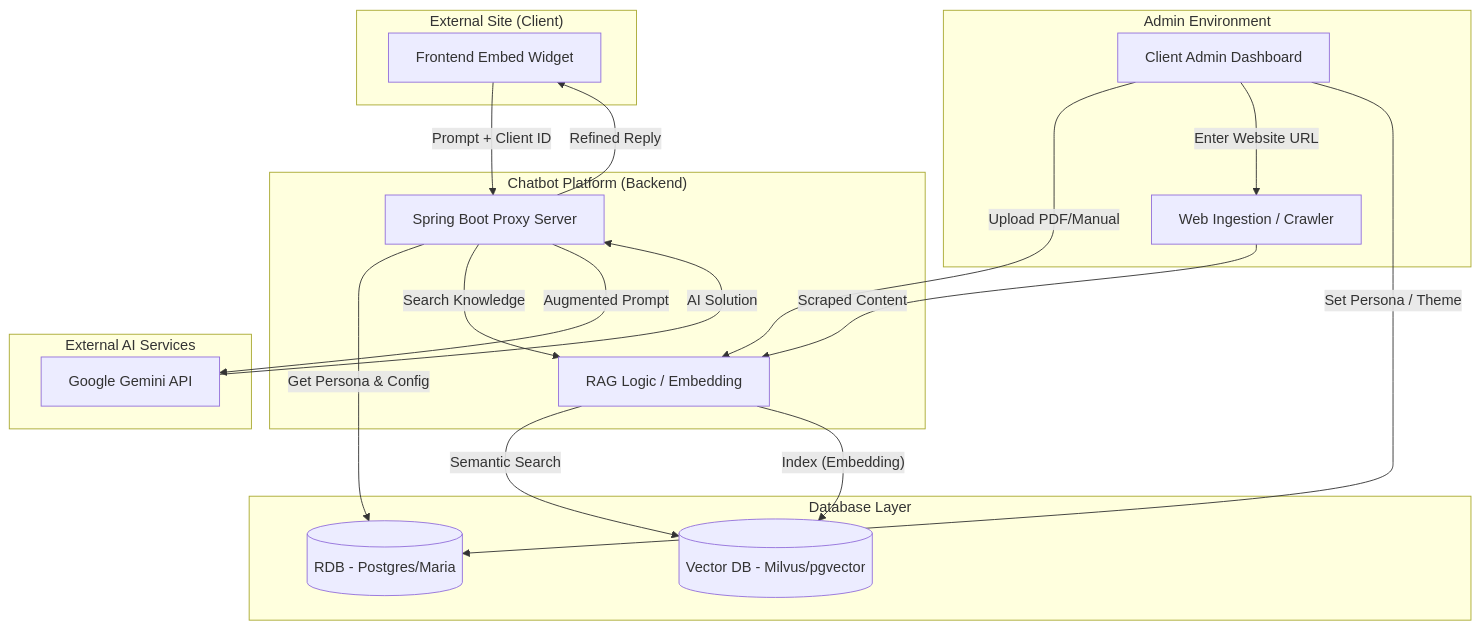
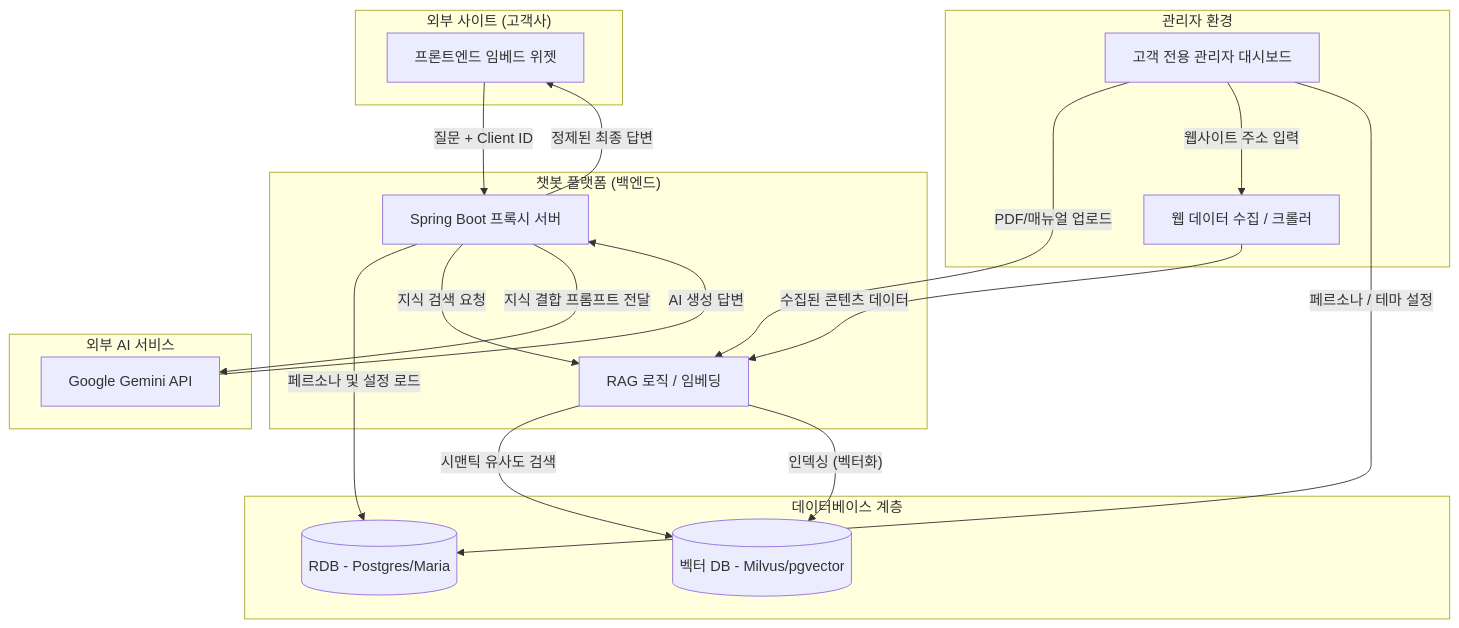
Before and after one commit to ledmega/mega: the first of 2 diagrams in docs/chatbot_builder/CHATBOT_BUILDER_DIAGRAM.md, drawn with Mermaid. The commit also changed other lines of this file and 1 other file, not shown here.

Commit message:
docs: 아키텍처 다이어그램 영문 표기 한글로 번역

````diff
--- a/docs/chatbot_builder/CHATBOT_BUILDER_DIAGRAM.md
+++ b/docs/chatbot_builder/CHATBOT_BUILDER_DIAGRAM.md
@@ -5,43 +5,43 @@
 ```mermaid
 graph TD
-    subgraph "External Site (Client)"
-        Widget[Frontend Embed Widget]
+    subgraph "외부 사이트 (고객사)"
+        Widget[프론트엔드 임베드 위젯]
     end
 
-    subgraph "Admin Environment"
-        Admin[Client Admin Dashboard]
-        Crawler[Web Ingestion / Crawler]
+    subgraph "관리자 환경"
+        Admin[고객 전용 관리자 대시보드]
+        Crawler[웹 데이터 수집 / 크롤러]
     end
 
-    subgraph "Chatbot Platform (Backend)"
-        Proxy[Spring Boot Proxy Server]
-        RAG[RAG Logic / Embedding]
+    subgraph "챗봇 플랫폼 (백엔드)"
+        Proxy[Spring Boot 프록시 서버]
+        RAG[RAG 로직 / 임베딩]
     end
 
-    subgraph "Database Layer"
+    subgraph "데이터베이스 계층"
         RDB[(RDB - Postgres/Maria)]
-        VDB[(Vector DB - Milvus/pgvector)]
+        VDB[(벡터 DB - Milvus/pgvector)]
     end
 
-    subgraph "External AI Services"
+    subgraph "외부 AI 서비스"
         Gemini[Google Gemini API]
     end
 
-    %% User Interaction Flow
-    Widget -- "Prompt + Client ID" --> Proxy
-    Proxy -- "Get Persona & Config" --> RDB
-    Proxy -- "Search Knowledge" --> RAG
-    RAG -- "Semantic Search" --> VDB
-    Proxy -- "Augmented Prompt" --> Gemini
-    Gemini -- "AI Solution" --> Proxy
-    Proxy -- "Refined Reply" --> Widget
+    %% 사용자 상호작용 흐름
+    Widget -- "질문 + Client ID" --> Proxy
+    Proxy -- "페르소나 및 설정 로드" --> RDB
+    Proxy -- "지식 검색 요청" --> RAG
+    RAG -- "시맨틱 유사도 검색" --> VDB
+    Proxy -- "지식 결합 프롬프트 전달" --> Gemini
+    Gemini -- "AI 생성 답변" --> Proxy
+    Proxy -- "정제된 최종 답변" --> Widget
 
-    %% Knowledge Base Flow (Admin)
-    Admin -- "Upload PDF/Manual" --> RAG
-    Admin -- "Enter Website URL" --> Crawler
-    Crawler -- "Scraped Content" --> RAG
-    RAG -- "Index (Embedding)" --> VDB
+    %% 지식 베이스 구축 흐름 (관리자)
+    Admin -- "PDF/매뉴얼 업로드" --> RAG
+    Admin -- "웹사이트 주소 입력" --> Crawler
+    Crawler -- "수집된 콘텐츠 데이터" --> RAG
+    RAG -- "인덱싱 (벡터화)" --> VDB
     
-    %% Management Flow
-    Admin -- "Set Persona / Theme" --> RDB
+    %% 설정 관리 흐름
+    Admin -- "페르소나 / 테마 설정" --> RDB
 ```
````
